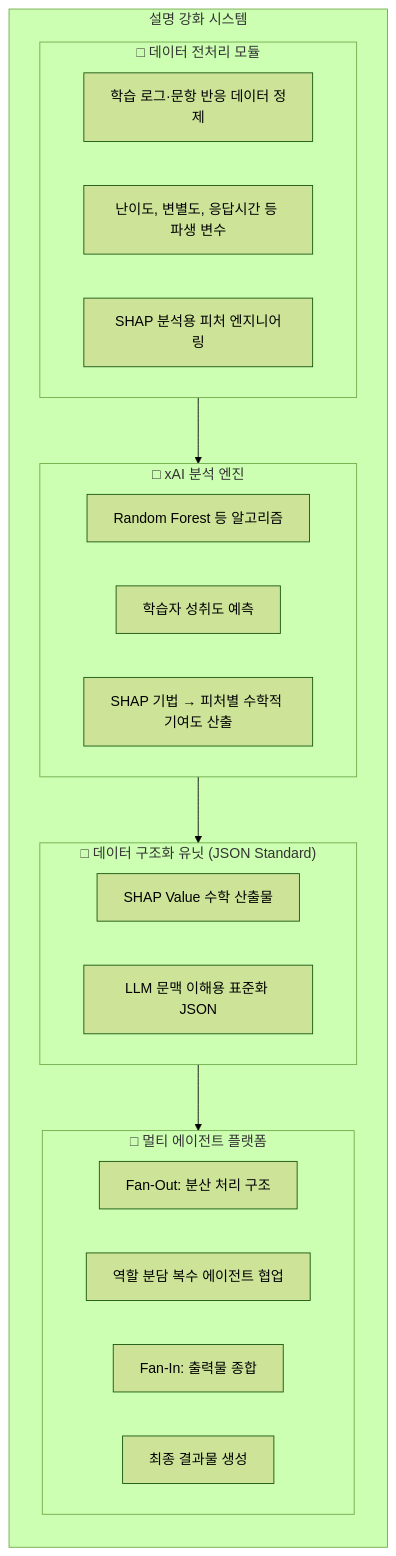
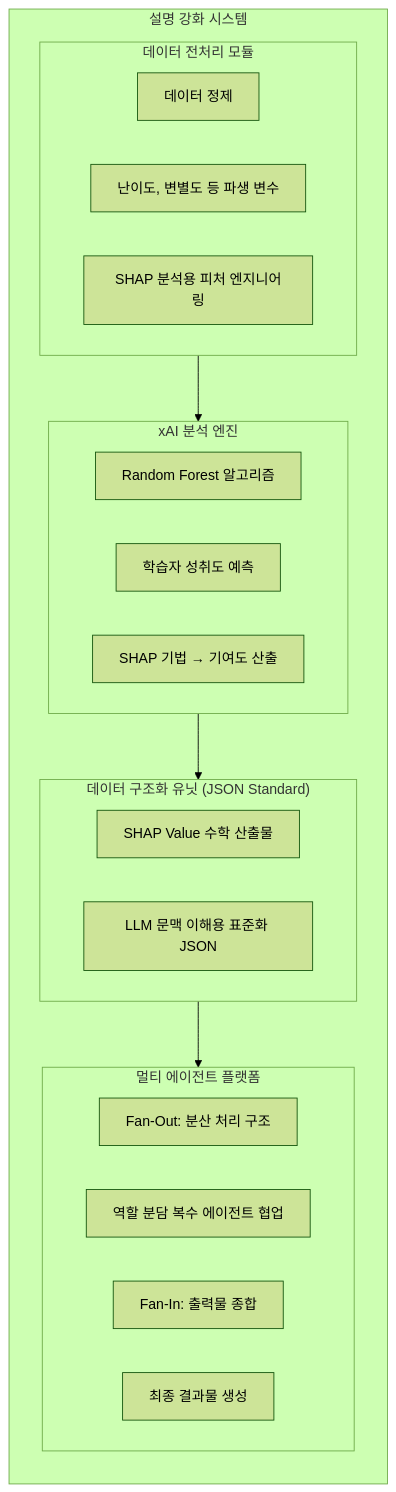
One commit to blueecho2014/docs changed the second of 2 diagrams in 설명강화시스템_아키텍처.md. Above: the diagram before and after it, drawn with Mermaid (forest theme). The commit also changed other lines of this file, not shown here.

````diff
--- a/설명강화시스템_아키텍처.md
+++ b/설명강화시스템_아키텍처.md
@@ -46,32 +45,32 @@
 ```mermaid
 flowchart TB
     subgraph 시스템["설명 강화 시스템"]
         direction TB
 
-        subgraph M1["□ 데이터 전처리 모듈"]
-            M1a["학습 로그·문항 반응 데이터 정제"]
-            M1b["난이도, 변별도, 응답시간 등 파생 변수"]
+        subgraph M1["데이터 전처리 모듈"]
+            M1a["데이터 정제"]
+            M1b["난이도, 변별도 등 파생 변수"]
             M1c["SHAP 분석용 피처 엔지니어링"]
         end
 
-        subgraph M2["□ xAI 분석 엔진"]
-            M2a["Random Forest 등 알고리즘"]
+        subgraph M2["xAI 분석 엔진"]
+            M2a["Random Forest 알고리즘"]
             M2b["학습자 성취도 예측"]
-            M2c["SHAP 기법 → 피처별 수학적 기여도 산출"]
+            M2c["SHAP 기법 → 기여도 산출"]
         end
 
-        subgraph M3["□ 데이터 구조화 유닛 (JSON Standard)"]
+        subgraph M3["데이터 구조화 유닛 (JSON Standard)"]
             M3a["SHAP Value 수학 산출물"]
             M3b["LLM 문맥 이해용 표준화 JSON"]
         end
 
-        subgraph M4["□ 멀티 에이전트 플랫폼"]
+        subgraph M4["멀티 에이전트 플랫폼"]
             M4a["Fan-Out: 분산 처리 구조"]
             M4b["역할 분담 복수 에이전트 협업"]
             M4c["Fan-In: 출력물 종합"]
             M4d["최종 결과물 생성"]
         end
     end
 
     M1 --> M2 --> M3 --> M4
 ```
````
